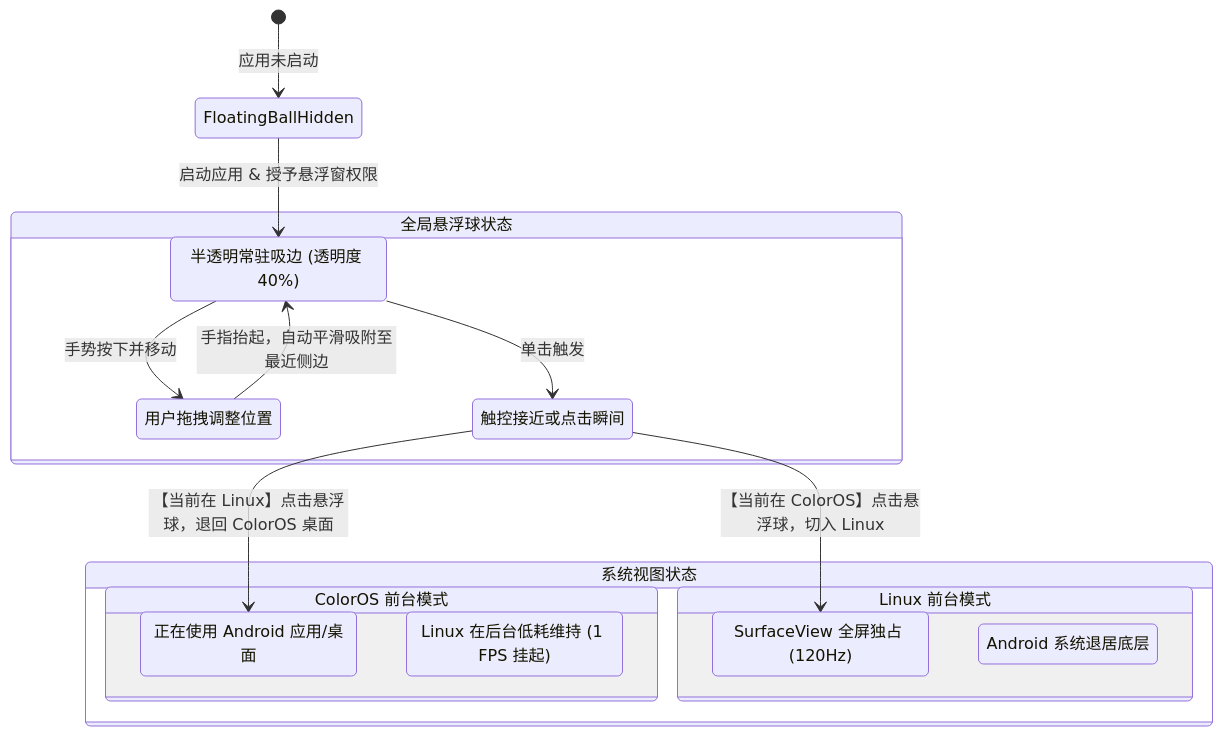
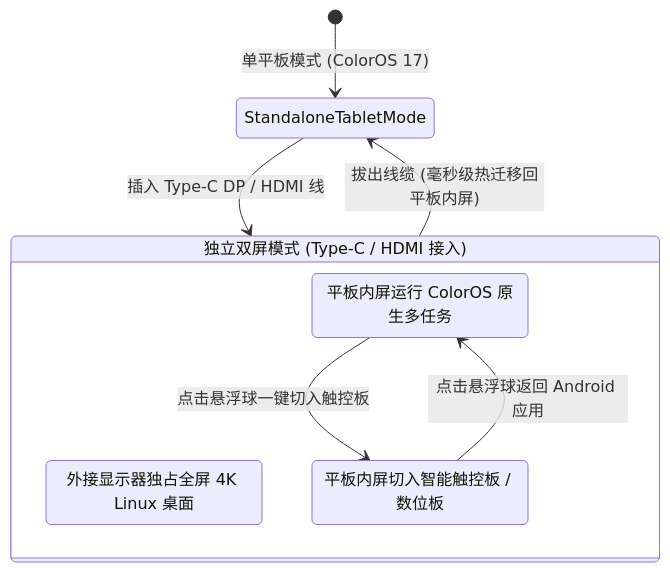
Before and after one commit to Roland114514/coloros-linux-vm: the diagram in README.md, drawn with Mermaid. The commit also changed other lines of this file and 2 other files, not shown here.

Commit message:
docs: add DEVELOPER_GUIDE with DIY tutorials, architectural analysis, and update README

````diff
--- a/README.md
+++ b/README.md
@@ -20,30 +60,16 @@
 ```mermaid
 stateDiagram-v2
-    [*] --> FloatingBallHidden: 应用未启动
-    FloatingBallHidden --> FloatingBallActive: 启动应用 & 授予悬浮窗权限
+    [*] --> StandaloneTabletMode: 单平板模式 (ColorOS 17)
 
-    state "全局悬浮球状态" as FloatingBallState {
-        FloatingBallActive: 半透明常驻吸边 (透明度 40%)
-        FloatingBallDragging: 用户拖拽调整位置
-        FloatingBallHover: 触控接近或点击瞬间
+    state "独立双屏模式 (Type-C / HDMI 接入)" as DualScreenWorkstation {
+        ExternalPresentation: 外接显示器独占全屏 4K Linux 桌面
+        TabletNormalApps: 平板内屏运行 ColorOS 原生多任务
+        TabletSmartTrackpad: 平板内屏切入智能触控板 / 数位板
         
-        FloatingBallActive --> FloatingBallDragging: 手势按下并移动
-        FloatingBallDragging --> FloatingBallActive: 手指抬起，自动平滑吸附至最近侧边
-        FloatingBallActive --> FloatingBallHover: 单击触发
+        TabletNormalApps --> TabletSmartTrackpad: 点击悬浮球一键切入触控板
+        TabletSmartTrackpad --> TabletNormalApps: 点击悬浮球返回 Android 应用
     }
 
-    state "系统视图状态" as SystemView {
-        state "ColorOS 前台模式" as ColorOSState {
-            ColorOSDesktop: 正在使用 Android 应用/桌面
-            LinuxBgKeepAlive: Linux 在后台低耗维持 (1 FPS 挂起)
-        }
-
-        state "Linux 前台模式" as LinuxState {
-            LinuxDisplayFullscreen: SurfaceView 全屏独占 (120Hz)
-            ColorOSBg: Android 系统退居底层
-        }
-    }
-
-    FloatingBallHover --> LinuxDisplayFullscreen: 【当前在 ColorOS】点击悬浮球，切入 Linux
-    FloatingBallHover --> ColorOSDesktop: 【当前在 Linux】点击悬浮球，退回 ColorOS 桌面
+    StandaloneTabletMode --> DualScreenWorkstation: 插入 Type-C DP / HDMI 线
+    DualScreenWorkstation --> StandaloneTabletMode: 拔出线缆 (毫秒级热迁移回平板内屏)
 ```
````
